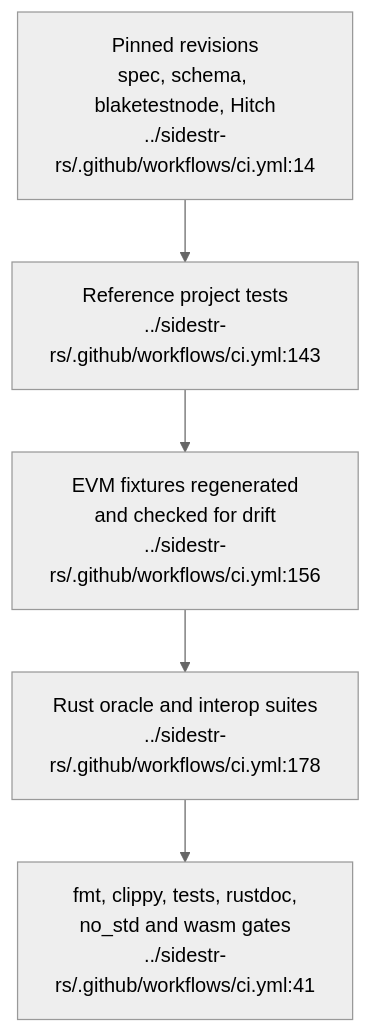
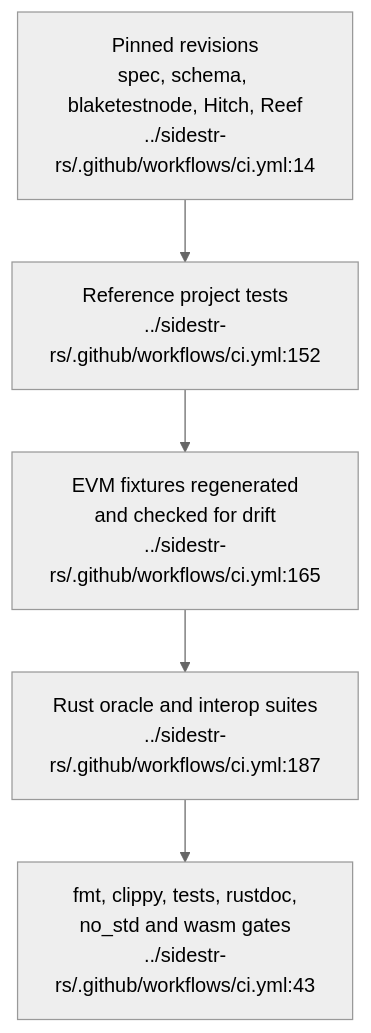
Before and after one commit to DreamLab-AI/VisionFlow: the second of 4 diagrams in docs/diagrams/sidestr-rs/01-workspace-oracles-and-live-boundary.md, drawn with Mermaid (neutral theme). The commit also changed other lines of this file and 94 other files, not shown here.

First line of the commit message:
docs(diagrams): re-verify 130 topics against 2 October HEADs

````diff
--- a/docs/diagrams/sidestr-rs/01-workspace-oracles-and-live-boundary.md
+++ b/docs/diagrams/sidestr-rs/01-workspace-oracles-and-live-boundary.md
@@ -63,9 +63,9 @@
 ```mermaid
 flowchart TB
-    P["Pinned revisions<br/>spec, schema, blaketestnode, Hitch<br/>../sidestr-rs/.github/workflows/ci.yml:14"]
-    RT["Reference project tests<br/>../sidestr-rs/.github/workflows/ci.yml:143"]
-    FX["EVM fixtures regenerated<br/>and checked for drift<br/>../sidestr-rs/.github/workflows/ci.yml:156"]
-    O["Rust oracle and interop suites<br/>../sidestr-rs/.github/workflows/ci.yml:178"]
-    Q["fmt, clippy, tests, rustdoc,<br/>no_std and wasm gates<br/>../sidestr-rs/.github/workflows/ci.yml:41"]
+    P["Pinned revisions<br/>spec, schema, blaketestnode, Hitch, Reef<br/>../sidestr-rs/.github/workflows/ci.yml:14"]
+    RT["Reference project tests<br/>../sidestr-rs/.github/workflows/ci.yml:152"]
+    FX["EVM fixtures regenerated<br/>and checked for drift<br/>../sidestr-rs/.github/workflows/ci.yml:165"]
+    O["Rust oracle and interop suites<br/>../sidestr-rs/.github/workflows/ci.yml:187"]
+    Q["fmt, clippy, tests, rustdoc,<br/>no_std and wasm gates<br/>../sidestr-rs/.github/workflows/ci.yml:43"]
     P --> RT --> FX --> O --> Q
 ```
````
